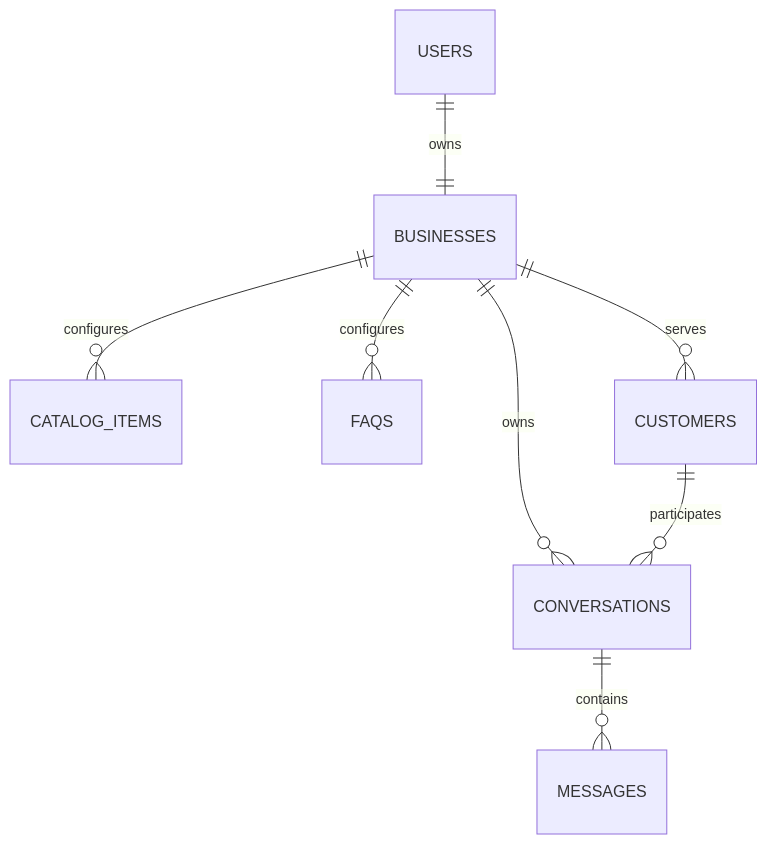
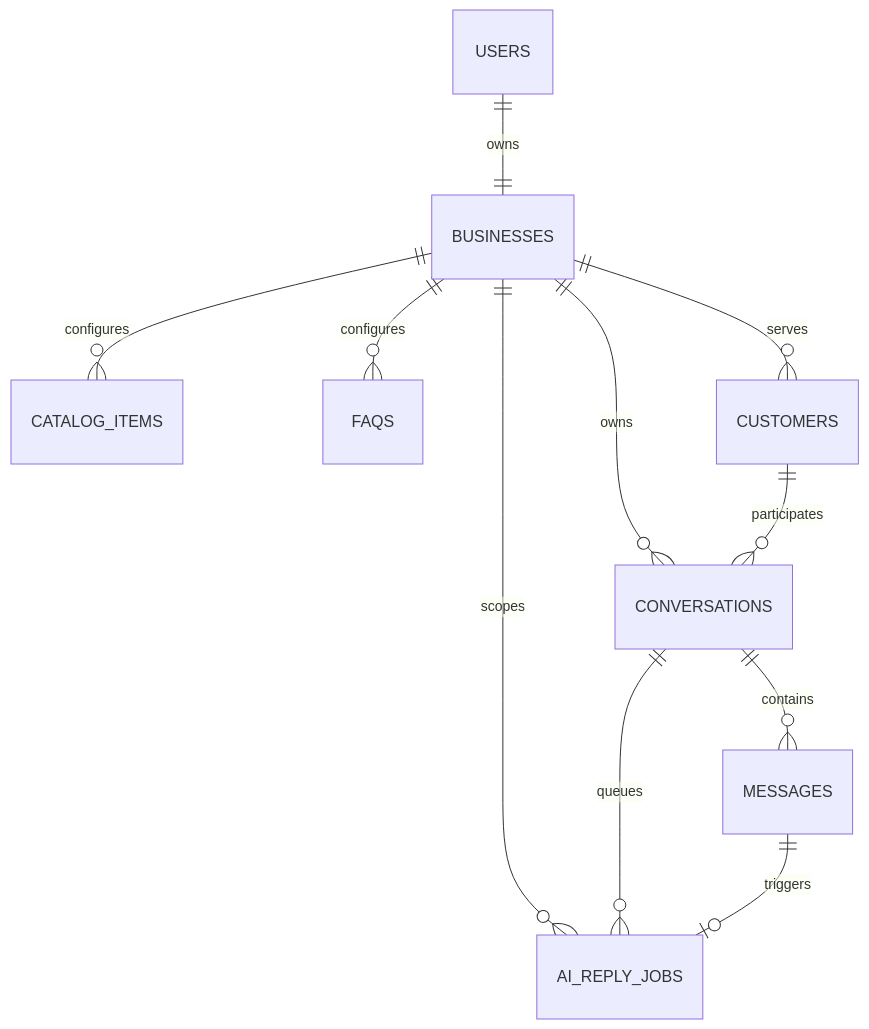
One commit to Anmol0224/AI-Whatsapp-Sales-Assistant changed the diagram in docs/DATABASE_DESIGN.md. Above: the diagram before and after it, drawn with Mermaid. The commit also changed other lines of this file and 20 other files, not shown here.

````diff
--- a/docs/DATABASE_DESIGN.md
+++ b/docs/DATABASE_DESIGN.md
@@ -117,10 +139,13 @@
 ```mermaid
 erDiagram
   USERS ||--|| BUSINESSES : owns
   BUSINESSES ||--o{ CATALOG_ITEMS : configures
   BUSINESSES ||--o{ FAQS : configures
   BUSINESSES ||--o{ CUSTOMERS : serves
   BUSINESSES ||--o{ CONVERSATIONS : owns
   CUSTOMERS ||--o{ CONVERSATIONS : participates
   CONVERSATIONS ||--o{ MESSAGES : contains
+  BUSINESSES ||--o{ AI_REPLY_JOBS : scopes
+  CONVERSATIONS ||--o{ AI_REPLY_JOBS : queues
+  MESSAGES ||--o| AI_REPLY_JOBS : triggers
 ```
````
